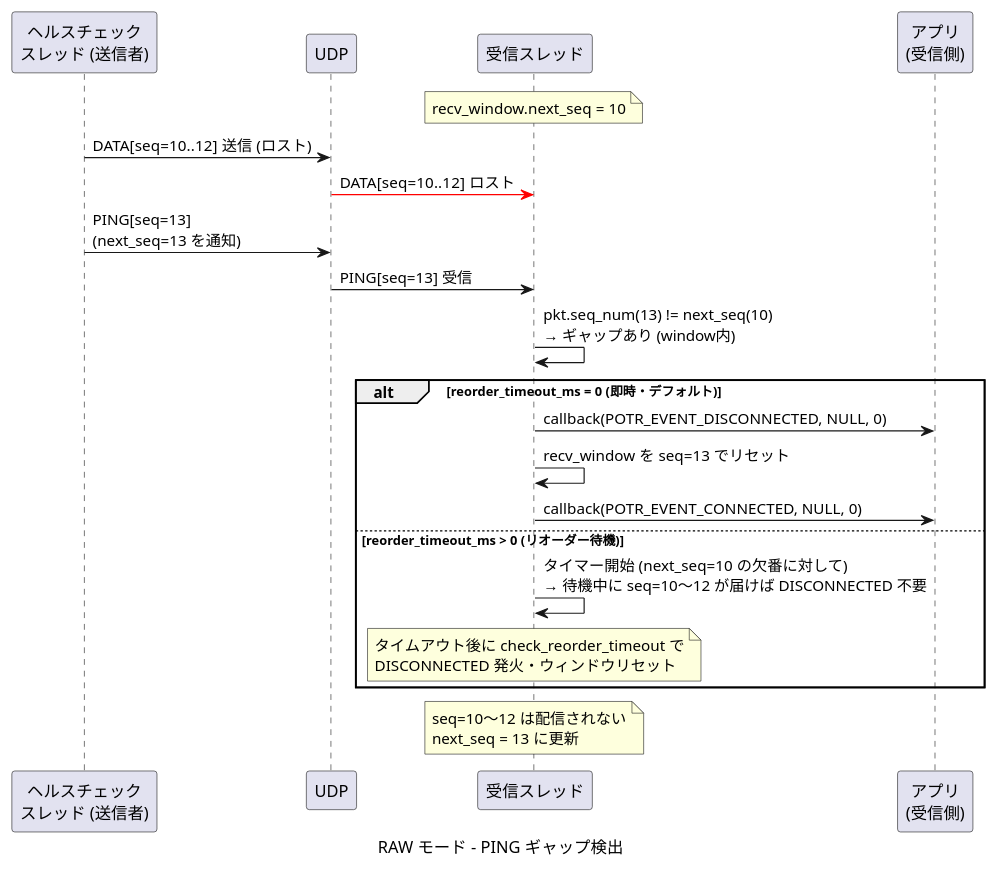
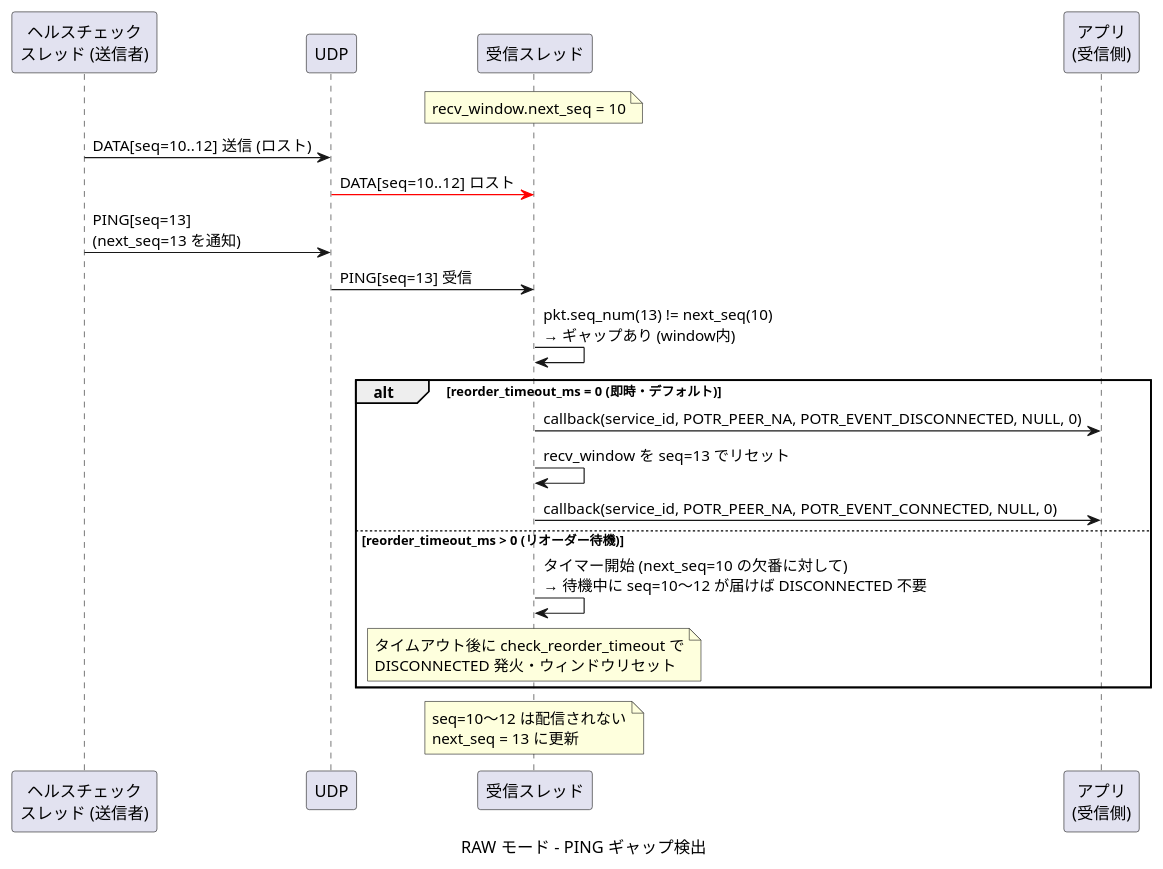
Before and after one commit to Hondarer/c-modernization-kit: diagram 15 of 20 in prod/porter/docs/sequence.md, drawn with PlantUML. The commit also changed other lines of this file and 13 other files, not shown here.

````diff
--- a/prod/porter/docs/sequence.md
+++ b/prod/porter/docs/sequence.md
@@ -555,32 +555,32 @@
 ```plantuml
 @startuml RAW モード - PING ギャップ検出
 caption RAW モード - PING ギャップ検出
 
 participant "ヘルスチェック\nスレッド (送信者)" as HT
 participant "UDP" as UDP
 participant "受信スレッド" as RRT
 participant "アプリ\n(受信側)" as RAPP
 
 note over RRT: recv_window.next_seq = 10
 
 HT -> UDP: DATA[seq=10..12] 送信 (ロスト)
 UDP -[#red]> RRT: DATA[seq=10..12] ロスト
 
 HT -> UDP: PING[seq=13]\n(next_seq=13 を通知)
 UDP -> RRT: PING[seq=13] 受信
 
 RRT -> RRT: pkt.seq_num(13) != next_seq(10)\n→ ギャップあり (window内)
 
 alt reorder_timeout_ms = 0 (即時・デフォルト)
-  RRT -> RAPP: callback(POTR_EVENT_DISCONNECTED, NULL, 0)
+  RRT -> RAPP: callback(service_id, POTR_PEER_NA, POTR_EVENT_DISCONNECTED, NULL, 0)
   RRT -> RRT: recv_window を seq=13 でリセット
-  RRT -> RAPP: callback(POTR_EVENT_CONNECTED, NULL, 0)
+  RRT -> RAPP: callback(service_id, POTR_PEER_NA, POTR_EVENT_CONNECTED, NULL, 0)
 else reorder_timeout_ms > 0 (リオーダー待機)
   RRT -> RRT: タイマー開始 (next_seq=10 の欠番に対して)\n→ 待機中に seq=10〜12 が届けば DISCONNECTED 不要
   note over RRT: タイムアウト後に check_reorder_timeout で\nDISCONNECTED 発火・ウィンドウリセット
 end
 
 note over RRT: seq=10〜12 は配信されない\nnext_seq = 13 に更新
 
 @enduml
 ```
````
